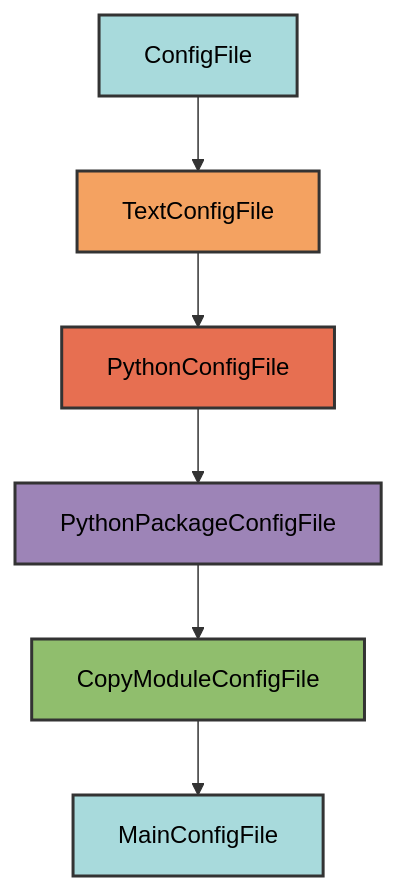
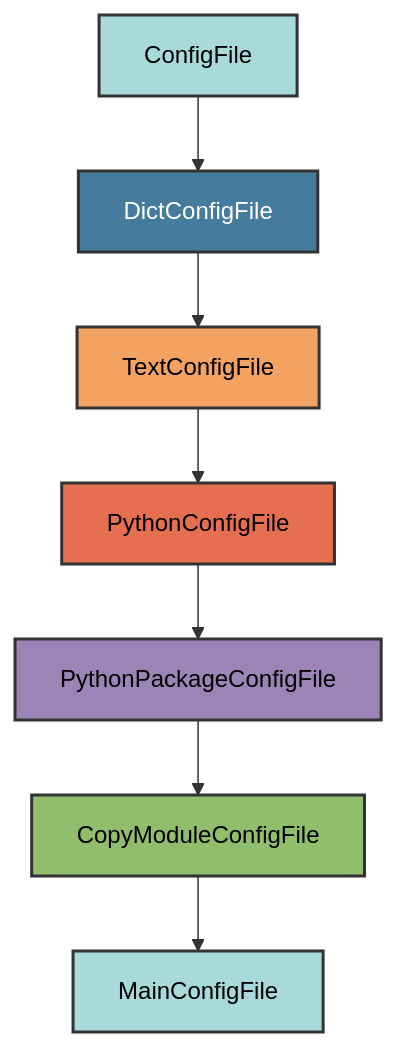
One commit to Winipedia/pyrig changed the diagram in docs/configs/main.md. Above: the diagram before and after it, drawn with Mermaid. The commit also changed other lines of this file and 21 other files, not shown here.

````diff
--- a/docs/configs/main.md
+++ b/docs/configs/main.md
@@ -22,15 +22,17 @@
 ```mermaid
 graph TD
-    A[ConfigFile] --> B[TextConfigFile]
-    B --> C[PythonConfigFile]
-    C --> D[PythonPackageConfigFile]
-    D --> E[CopyModuleConfigFile]
-    E --> F[MainConfigFile]
+    A[ConfigFile] --> B[DictConfigFile]
+    B --> C[TextConfigFile]
+    C --> D[PythonConfigFile]
+    D --> E[PythonPackageConfigFile]
+    E --> F[CopyModuleConfigFile]
+    F --> G[MainConfigFile]
 
     style A fill:#a8dadc,stroke:#333,stroke-width:2px,color:#000
-    style B fill:#f4a261,stroke:#333,stroke-width:2px,color:#000
-    style C fill:#e76f51,stroke:#333,stroke-width:2px,color:#000
-    style D fill:#9d84b7,stroke:#333,stroke-width:2px,color:#000
-    style E fill:#90be6d,stroke:#333,stroke-width:2px,color:#000
-    style F fill:#a8dadc,stroke:#333,stroke-width:2px,color:#000
+    style B fill:#457b9d,stroke:#333,stroke-width:2px,color:#fff
+    style C fill:#f4a261,stroke:#333,stroke-width:2px,color:#000
+    style D fill:#e76f51,stroke:#333,stroke-width:2px,color:#000
+    style E fill:#9d84b7,stroke:#333,stroke-width:2px,color:#000
+    style F fill:#90be6d,stroke:#333,stroke-width:2px,color:#000
+    style G fill:#a8dadc,stroke:#333,stroke-width:2px,color:#000
 ```
````
